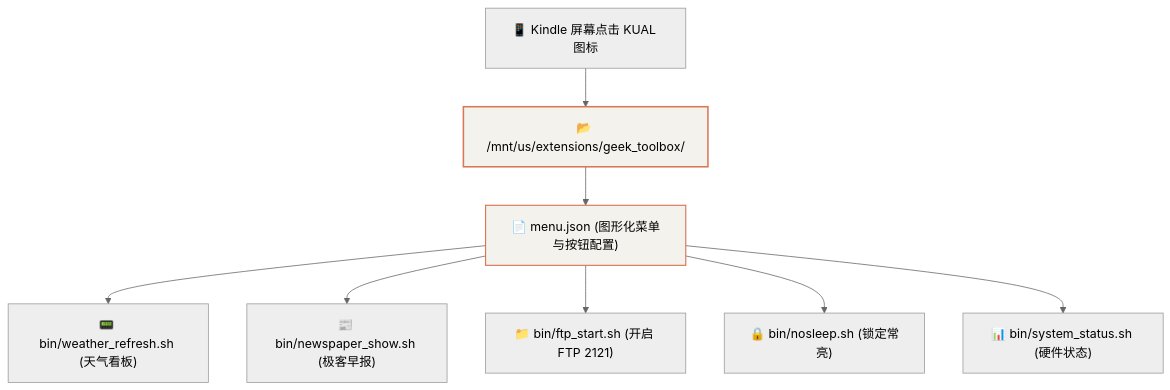
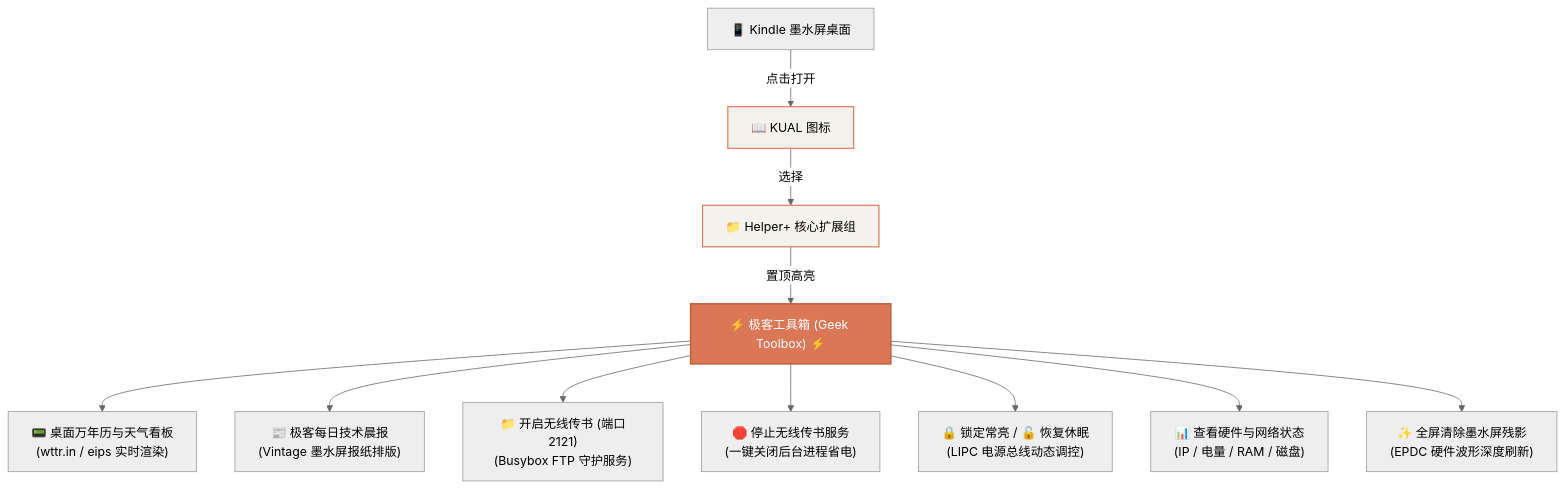
Before and after one commit to Xepanda/wiki: the diagram in docs/projects/kindle/10-kual-standalone-toolbox.mdx, drawn with Mermaid (neutral theme). The commit also changed other lines of this file and 3 other files, not shown here.

Commit message:
docs(kindle): comprehensive documentation of 5 development routes, wireless ftp guides, and troubleshooting FAQs

````diff
--- a/docs/projects/kindle/10-kual-standalone-toolbox.mdx
+++ b/docs/projects/kindle/10-kual-standalone-toolbox.mdx
@@ -17,13 +17,18 @@
 ```mermaid
-graph TD
-    A["📱 Kindle 屏幕点击 KUAL 图标"] --> B["📂 /mnt/us/extensions/geek_toolbox/"]
-    B --> C["📄 menu.json (图形化菜单与按钮配置)"]
-    C --> D1["📟 bin/weather_refresh.sh (天气看板)"]
-    C --> D2["📰 bin/newspaper_show.sh (极客早报)"]
-    C --> D3["📁 bin/ftp_start.sh (开启 FTP 2121)"]
-    C --> D4["🔒 bin/nosleep.sh (锁定常亮)"]
-    C --> D5["📊 bin/system_status.sh (硬件状态)"]
+flowchart TD
+    A["📱 Kindle 墨水屏桌面"] -->|"点击打开"| B["📖 KUAL 图标"]
+    B -->|"选择"| C["📁 Helper+ 核心扩展组"]
+    C -->|"置顶高亮"| D["⚡ 极客工具箱 (Geek Toolbox) ⚡"]
+    
+    D --> E1["📟 桌面万年历与天气看板\n(wttr.in / eips 实时渲染)"]
+    D --> E2["📰 极客每日技术晨报\n(Vintage 墨水屏报纸排版)"]
+    D --> E3["📁 开启无线传书 (端口2121)\n(Busybox FTP 守护服务)"]
+    D --> E4["🛑 停止无线传书服务\n(一键关闭后台进程省电)"]
+    D --> E5["🔒 锁定常亮 / 🔓 恢复休眠\n(LIPC 电源总线动态调控)"]
+    D --> E6["📊 查看硬件与网络状态\n(IP / 电量 / RAM / 磁盘)"]
+    D --> E7["✨ 全屏清除墨水屏残影\n(EPDC 硬件波形深度刷新)"]
 
-    style B fill:#f4f2ec,stroke:#d97757,stroke-width:2px
+    style D fill:#d97757,stroke:#c15f3d,stroke-width:2px,color:#fff
     style C fill:#f4f2ec,stroke:#d97757,stroke-width:1.5px
+    style B fill:#f4f2ec,stroke:#d97757,stroke-width:1.5px
 ```
````
